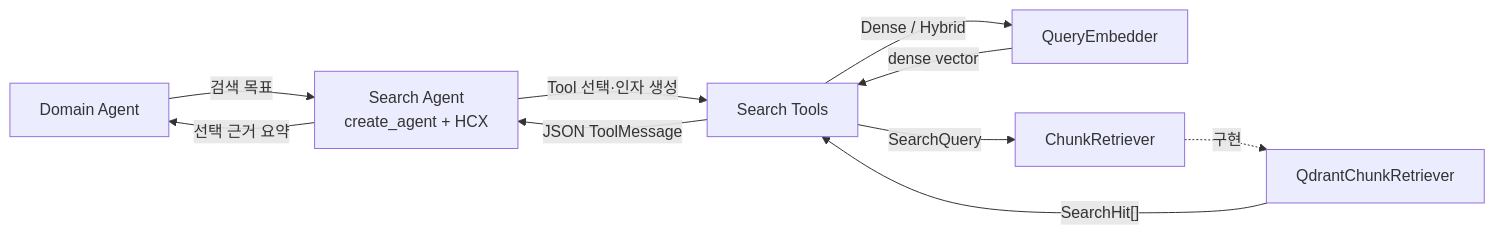
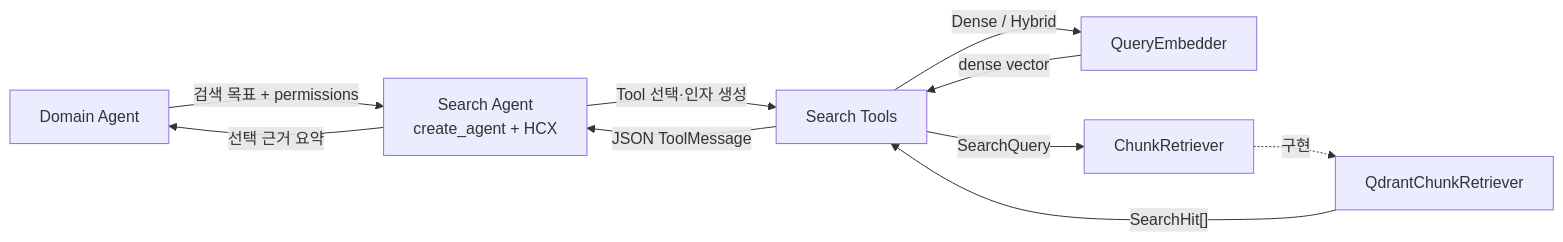
The diagram in docs/retrieval/qdrant-search-functions.md (nayeon653/-ace3), drawn with Mermaid before and after one commit. The commit also changed other lines of this file and 26 other files, not shown here.

````diff
--- a/docs/retrieval/qdrant-search-functions.md
+++ b/docs/retrieval/qdrant-search-functions.md
@@ -41,12 +42,12 @@
 ```mermaid
 flowchart LR
-    D["Domain Agent"] -->|"검색 목표"| S["Search Agent<br/>create_agent + HCX"]
+    D["Domain Agent"] -->|"검색 목표 + permissions"| S["Search Agent<br/>create_agent + HCX"]
     S -->|"Tool 선택·인자 생성"| T["Search Tools"]
     T -->|"Dense / Hybrid"| E["QueryEmbedder"]
     E -->|"dense vector"| T
     T -->|"SearchQuery"| B["ChunkRetriever"]
     B -. "구현" .-> Q["QdrantChunkRetriever"]
     Q -->|"SearchHit[]"| T
     T -->|"JSON ToolMessage"| S
     S -->|"선택 근거 요약"| D
 ```
````
